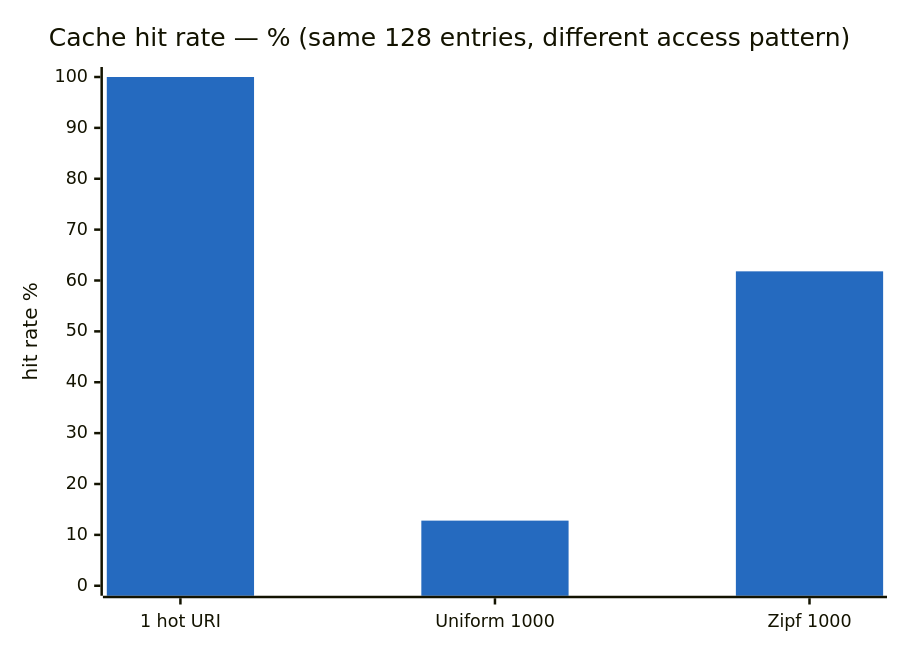
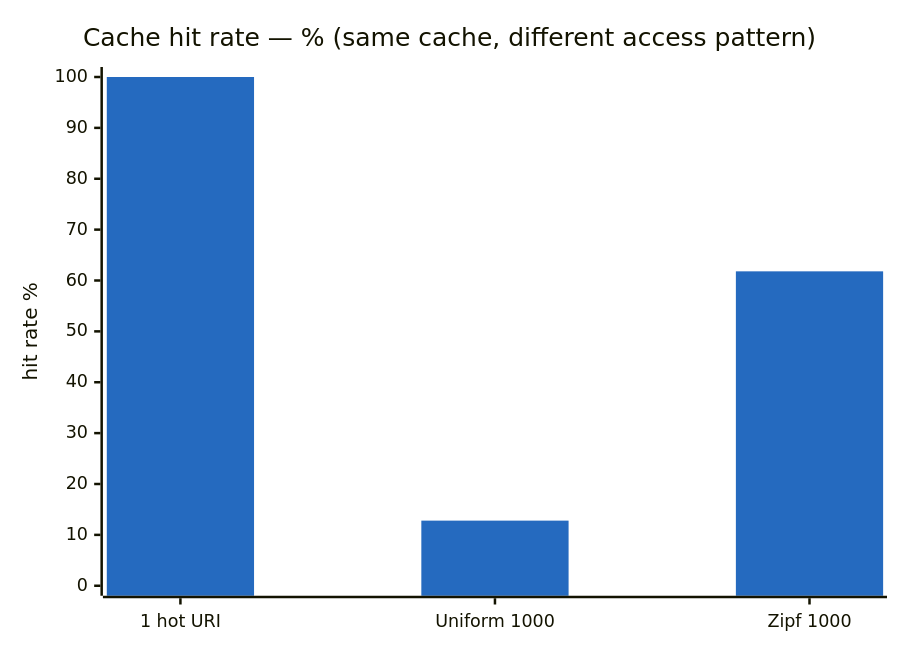
One commit to VuH0ngQuang/JavaApiGateway changed the third of 4 diagrams in docs/performance.md. Above: the diagram before and after it, drawn with Mermaid. The commit also changed other lines of this file and 4 other files, not shown here.

````diff
--- a/docs/performance.md
+++ b/docs/performance.md
@@ -60,8 +87,8 @@
 ```mermaid
 %%{init: {"themeVariables": {"xyChart": {"plotColorPalette": "#256abf"}}}}%%
 xychart-beta
-    title "Cache hit rate — % (same 128 entries, different access pattern)"
+    title "Cache hit rate — % (same cache, different access pattern)"
     x-axis ["1 hot URI", "Uniform 1000", "Zipf 1000"]
     y-axis "hit rate %" 0 --> 100
     bar [100, 12.8, 61.8]
 ```
````
